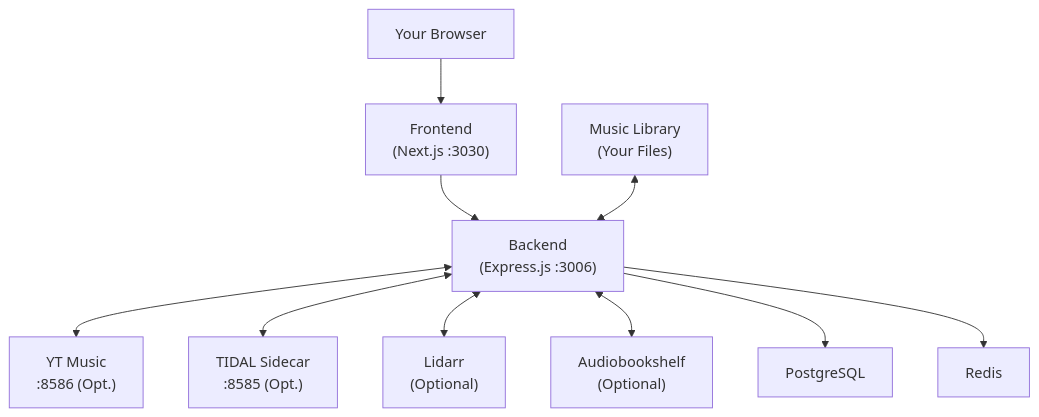
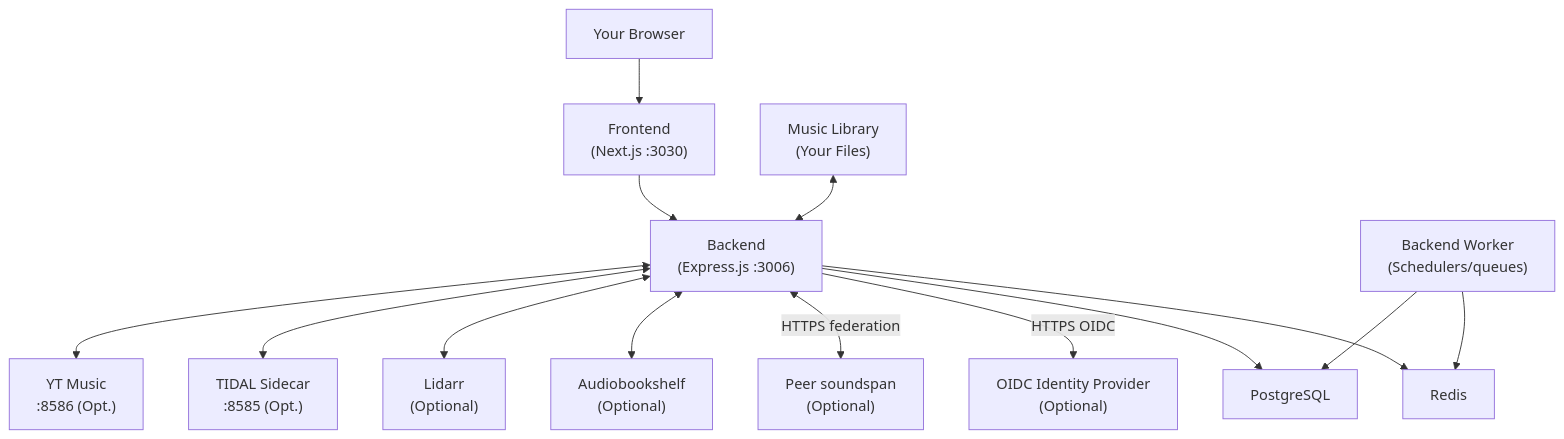
Before and after one commit to Tipson/soundspan: the diagram in README.md, drawn with Mermaid. The commit also changed other lines of this file and 25 other files, not shown here.

````diff
--- a/README.md
+++ b/README.md
@@ -132,23 +134,30 @@
 ```mermaid
 graph TD
     Browser["Your Browser"]
     FE["Frontend<br/>(Next.js :3030)"]
     BE["Backend<br/>(Express.js :3006)"]
+    BW["Backend Worker<br/>(Schedulers/queues)"]
     Music["Music Library<br/>(Your Files)"]
     PG["PostgreSQL"]
     RD["Redis"]
     YT["YT Music<br/>:8586 (Opt.)"]
     TD["TIDAL Sidecar<br/>:8585 (Opt.)"]
     Lidarr["Lidarr<br/>(Optional)"]
     ABS["Audiobookshelf<br/>(Optional)"]
+    PEER["Peer soundspan<br/>(Optional)"]
+    IDP["OIDC Identity Provider<br/>(Optional)"]
 
     Browser --> FE
     FE --> BE
     Music <--> BE
+    BW --> PG
+    BW --> RD
     BE <--> YT
     BE <--> TD
     BE <--> Lidarr
     BE <--> ABS
+    BE <-->|HTTPS federation| PEER
+    BE -->|HTTPS OIDC| IDP
     BE --> PG
     BE --> RD
 ```
````
